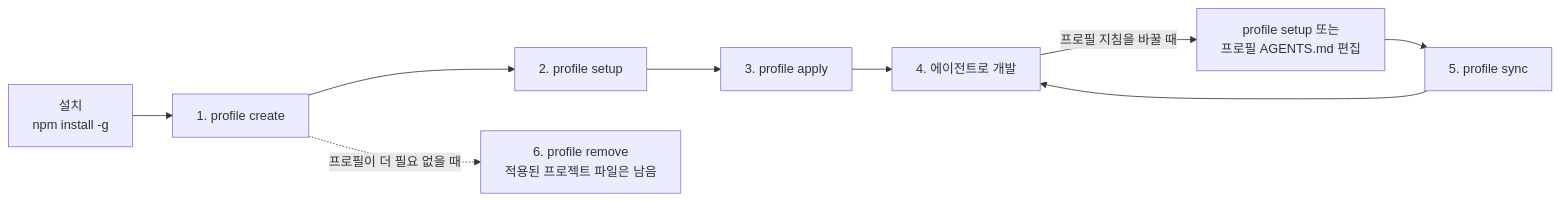
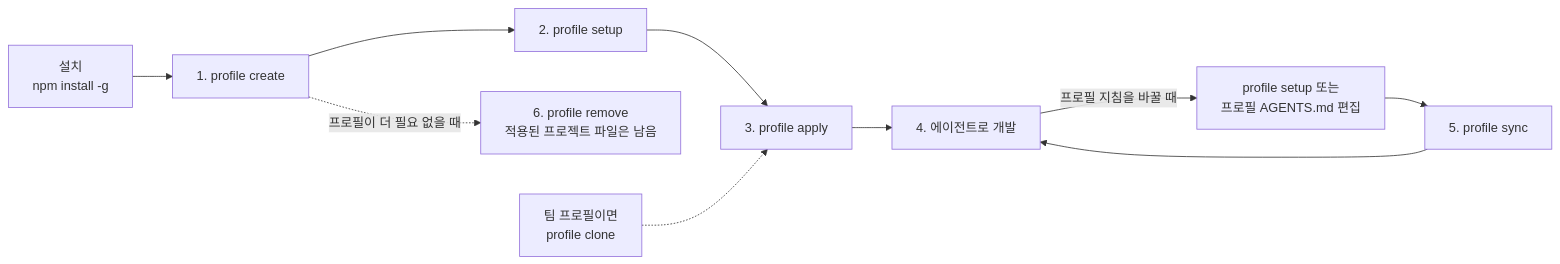
Before and after one commit to IsthisLee/agent-context-manager: the first of 4 diagrams in docs/usage-guide.md, drawn with Mermaid. The commit also changed other lines of this file and 60 other files, not shown here.

````diff
--- a/docs/usage-guide.md
+++ b/docs/usage-guide.md
@@ -28,11 +28,12 @@
 ```mermaid
 flowchart LR
   INSTALL["설치<br/>npm install -g"] --> CREATE["1. profile create"]
   CREATE --> SETUP["2. profile setup"]
   SETUP --> APPLY["3. profile apply"]
   APPLY --> DEV["4. 에이전트로 개발"]
   DEV -->|"프로필 지침을 바꿀 때"| EDIT["profile setup 또는<br/>프로필 AGENTS.md 편집"]
   EDIT --> SYNC["5. profile sync"]
   SYNC --> DEV
   CREATE -.->|"프로필이 더 필요 없을 때"| REMOVE["6. profile remove<br/>적용된 프로젝트 파일은 남음"]
+  CLONE["팀 프로필이면<br/>profile clone"] -.-> APPLY
 ```
````
